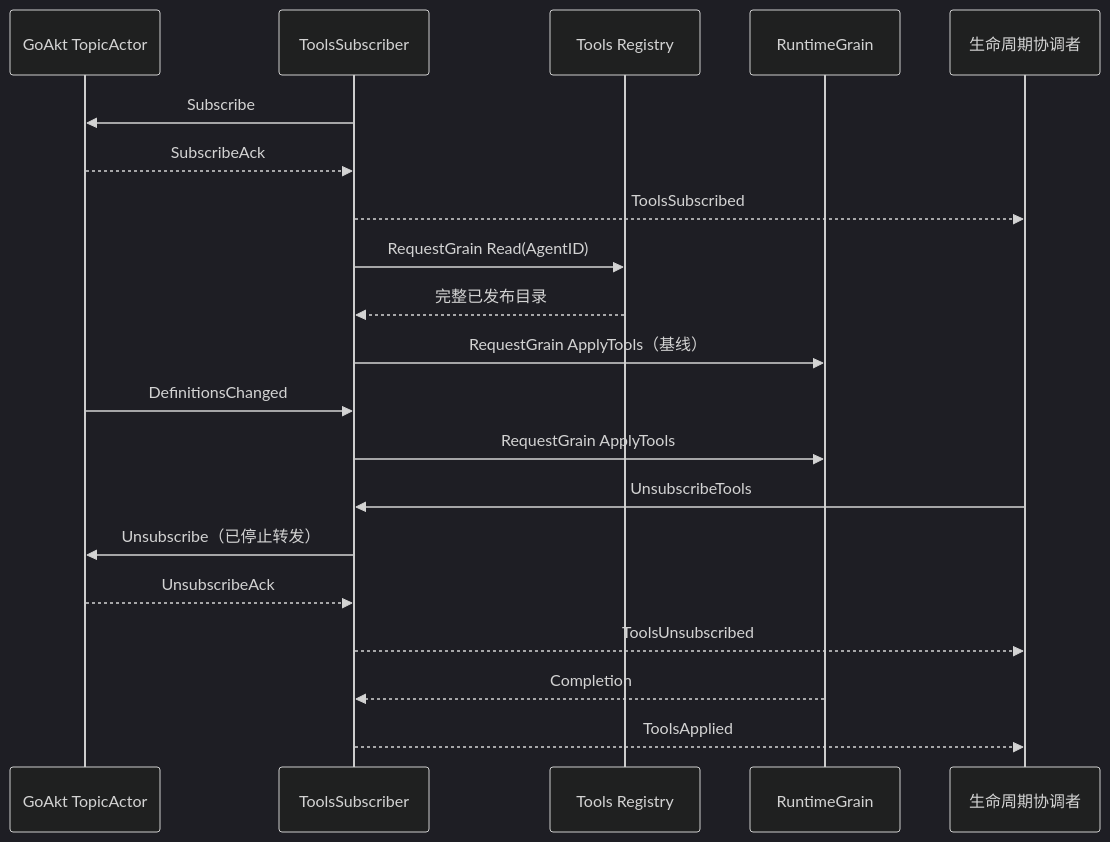
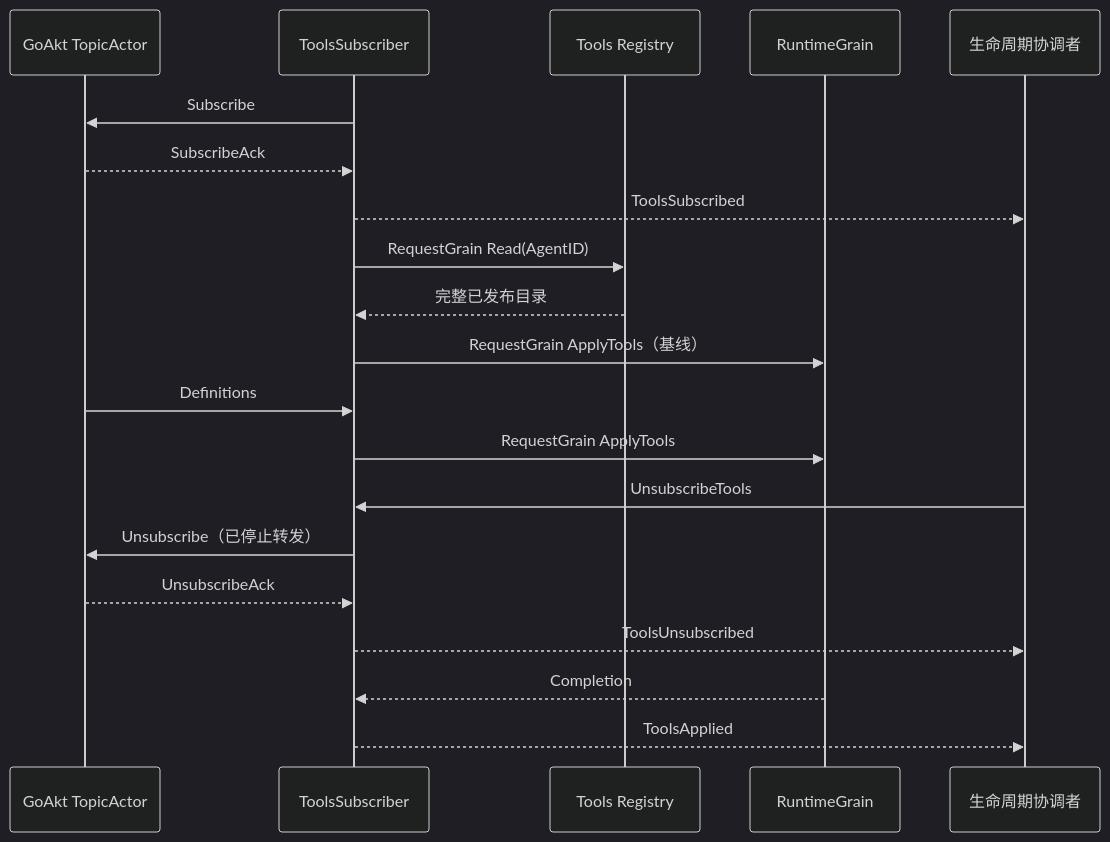
Before and after one commit to gorenx/goren: the third of 3 diagrams in systemprompt/actor/README.zh-CN.md, drawn with Mermaid (dark theme). The commit also changed 20 other files, not shown here.

````diff
--- a/systemprompt/actor/README.zh-CN.md
+++ b/systemprompt/actor/README.zh-CN.md
@@ -89,22 +89,22 @@
 ```mermaid
 sequenceDiagram
     participant Topic as GoAkt TopicActor
     participant Subscriber as ToolsSubscriber
     participant Registry as Tools Registry
     participant Runtime as RuntimeGrain
     participant Coordinator as 生命周期协调者
     Subscriber->>Topic: Subscribe
     Topic-->>Subscriber: SubscribeAck
     Subscriber-->>Coordinator: ToolsSubscribed
     Subscriber->>Registry: RequestGrain Read(AgentID)
     Registry-->>Subscriber: 完整已发布目录
     Subscriber->>Runtime: RequestGrain ApplyTools（基线）
-    Topic->>Subscriber: DefinitionsChanged
+    Topic->>Subscriber: Definitions
     Subscriber->>Runtime: RequestGrain ApplyTools
     Coordinator->>Subscriber: UnsubscribeTools
     Subscriber->>Topic: Unsubscribe（已停止转发）
     Topic-->>Subscriber: UnsubscribeAck
     Subscriber-->>Coordinator: ToolsUnsubscribed
     Runtime-->>Subscriber: Completion
     Subscriber-->>Coordinator: ToolsApplied
 ```
````
